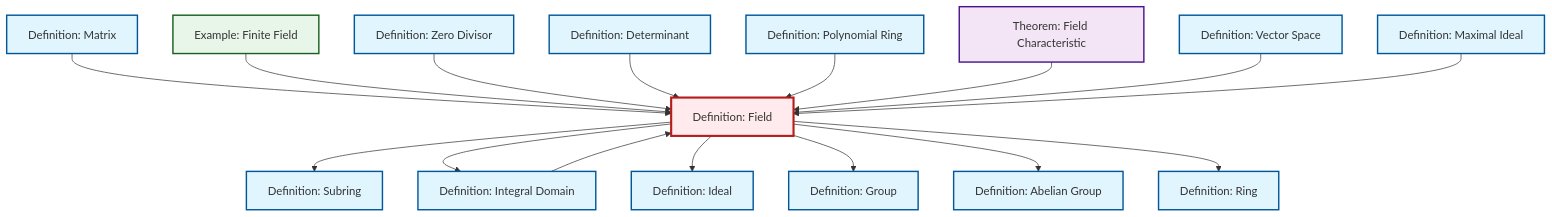
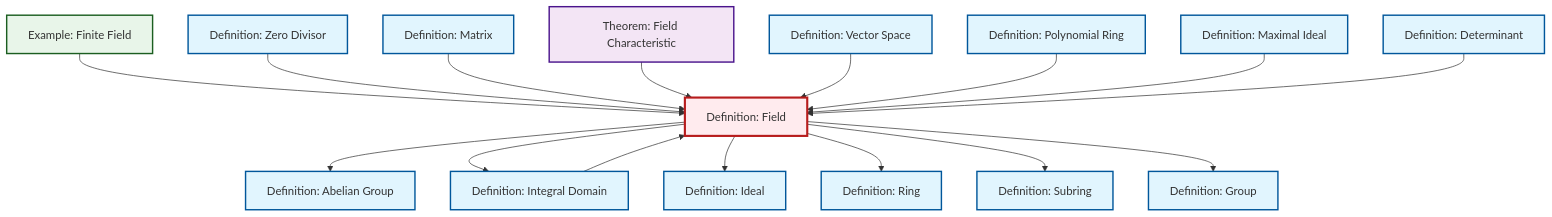
The diagram in output/mermaid/en/def-field.mermaid (RK0429/ModernMath), drawn with Mermaid before and after one commit. The commit also changed other lines of this file and 3096 other files, not shown here.

```diff
--- a/output/mermaid/en/def-field.mermaid
+++ b/output/mermaid/en/def-field.mermaid
@@ -1,37 +1,37 @@
 graph TD
     classDef definition fill:#e1f5fe,stroke:#01579b,stroke-width:2px
     classDef theorem fill:#f3e5f5,stroke:#4a148c,stroke-width:2px
     classDef axiom fill:#fff3e0,stroke:#e65100,stroke-width:2px
     classDef example fill:#e8f5e9,stroke:#1b5e20,stroke-width:2px
     classDef current fill:#ffebee,stroke:#b71c1c,stroke-width:3px
-    def-ideal["Definition: Ideal"]:::definition
+    thm-field-characteristic["Theorem: Field Characteristic"]:::theorem
+    def-matrix["Definition: Matrix"]:::definition
+    ex-finite-field["Example: Finite Field"]:::example
+    def-group["Definition: Group"]:::definition
     def-vector-space["Definition: Vector Space"]:::definition
     def-subring["Definition: Subring"]:::definition
-    def-abelian-group["Definition: Abelian Group"]:::definition
-    def-field["Definition: Field"]:::definition
-    def-polynomial-ring["Definition: Polynomial Ring"]:::definition
+    def-ideal["Definition: Ideal"]:::definition
+    def-integral-domain["Definition: Integral Domain"]:::definition
     def-maximal-ideal["Definition: Maximal Ideal"]:::definition
     def-determinant["Definition: Determinant"]:::definition
+    def-abelian-group["Definition: Abelian Group"]:::definition
+    def-polynomial-ring["Definition: Polynomial Ring"]:::definition
     def-zero-divisor["Definition: Zero Divisor"]:::definition
-    ex-finite-field["Example: Finite Field"]:::example
-    def-matrix["Definition: Matrix"]:::definition
-    def-integral-domain["Definition: Integral Domain"]:::definition
-    def-group["Definition: Group"]:::definition
     def-ring["Definition: Ring"]:::definition
-    thm-field-characteristic["Theorem: Field Characteristic"]:::theorem
+    def-field["Definition: Field"]:::definition
+    def-field --> def-abelian-group
+    def-field --> def-integral-domain
+    ex-finite-field --> def-field
+    def-zero-divisor --> def-field
+    def-field --> def-ideal
     def-matrix --> def-field
-    ex-finite-field --> def-field
+    thm-field-characteristic --> def-field
+    def-integral-domain --> def-field
+    def-vector-space --> def-field
+    def-field --> def-ring
+    def-polynomial-ring --> def-field
+    def-maximal-ideal --> def-field
     def-field --> def-subring
-    def-integral-domain --> def-field
-    def-field --> def-integral-domain
-    def-field --> def-ideal
-    def-zero-divisor --> def-field
     def-determinant --> def-field
-    def-polynomial-ring --> def-field
     def-field --> def-group
-    thm-field-characteristic --> def-field
-    def-vector-space --> def-field
-    def-field --> def-abelian-group
-    def-field --> def-ring
-    def-maximal-ideal --> def-field
     class def-field current
```
